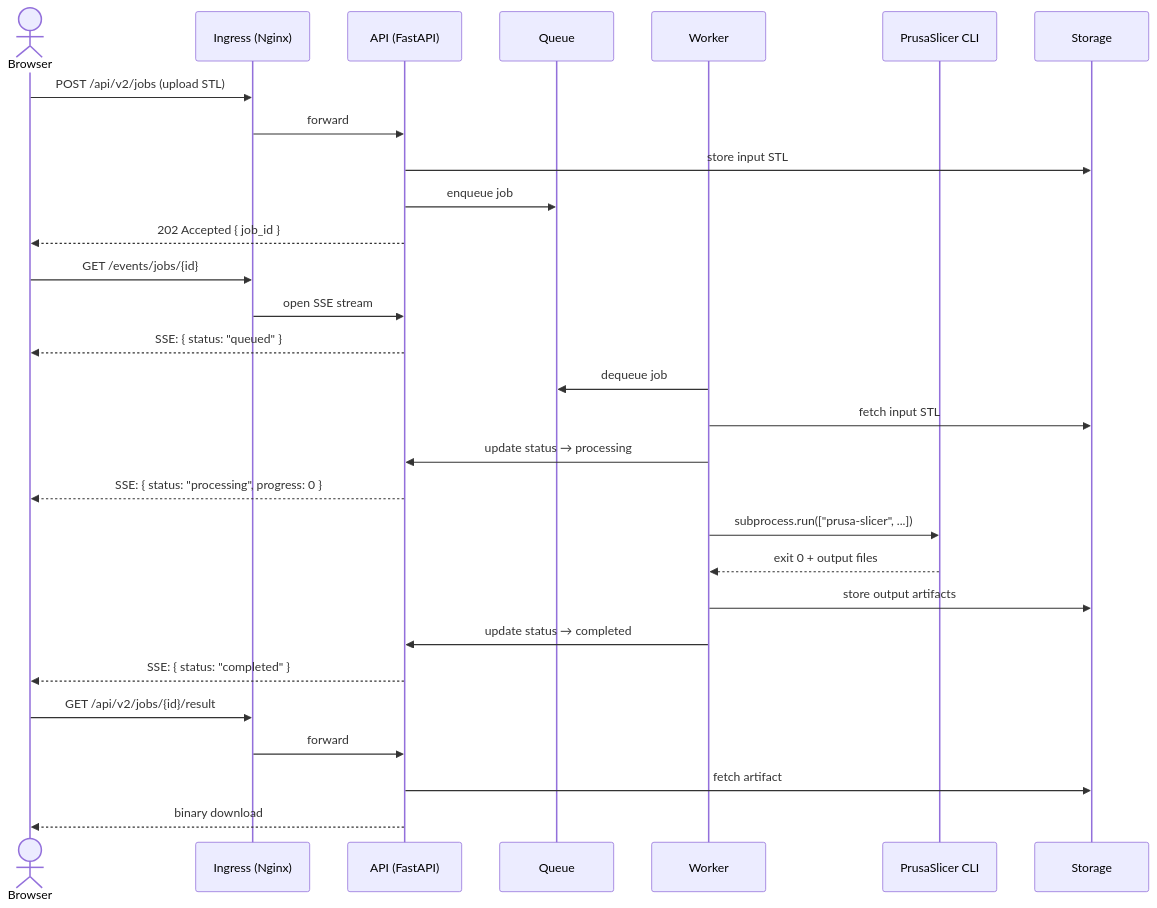
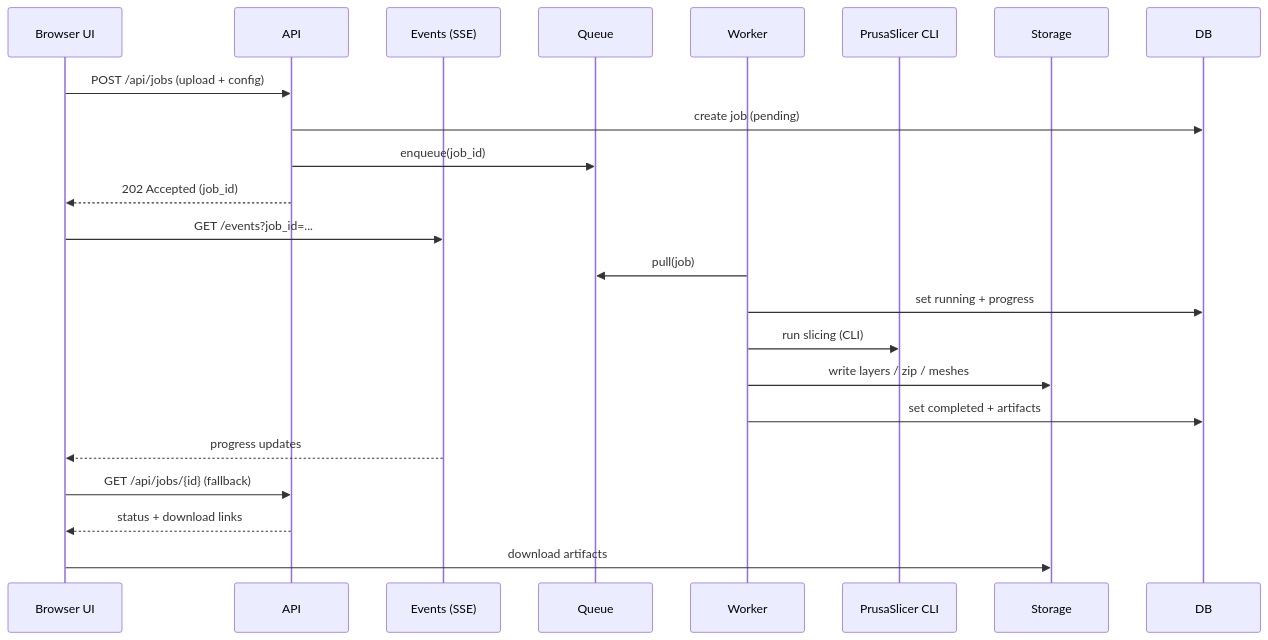
Before and after one commit to MaxShih147/web_slicer_core: the second of 2 diagrams in docs/single-node-cloud/README.md, drawn with Mermaid. The commit also changed other lines of this file, not shown here.

Commit message:
docs: simplify README with new sequence diagram and component table

````diff
--- a/docs/single-node-cloud/README.md
+++ b/docs/single-node-cloud/README.md
@@ -116,37 +69,28 @@
 ```mermaid
 sequenceDiagram
-    actor User as Browser
-    participant NG as Ingress (Nginx)
-    participant API as API (FastAPI)
+    participant UI as Browser UI
+    participant API as API
+    participant EV as Events (SSE)
     participant Q as Queue
     participant W as Worker
     participant PS as PrusaSlicer CLI
-    participant S as Storage
+    participant ST as Storage
+    participant DB as DB
 
-    User->>NG: POST /api/v2/jobs (upload STL)
-    NG->>API: forward
-    API->>S: store input STL
-    API->>Q: enqueue job
-    API-->>User: 202 Accepted { job_id }
+    UI->>API: POST /api/jobs (upload + config)
+    API->>DB: create job (pending)
+    API->>Q: enqueue(job_id)
+    API-->>UI: 202 Accepted (job_id)
 
-    User->>NG: GET /events/jobs/{id}
-    NG->>API: open SSE stream
-    API-->>User: SSE: { status: "queued" }
+    UI->>EV: GET /events?job_id=...
+    W->>Q: pull(job)
+    W->>DB: set running + progress
+    W->>PS: run slicing (CLI)
+    W->>ST: write layers / zip / meshes
+    W->>DB: set completed + artifacts
 
-    W->>Q: dequeue job
-    W->>S: fetch input STL
-    W->>API: update status → processing
-    API-->>User: SSE: { status: "processing", progress: 0 }
-
-    W->>PS: subprocess.run(["prusa-slicer", ...])
-    PS-->>W: exit 0 + output files
-
-    W->>S: store output artifacts
-    W->>API: update status → completed
-    API-->>User: SSE: { status: "completed" }
-
-    User->>NG: GET /api/v2/jobs/{id}/result
-    NG->>API: forward
-    API->>S: fetch artifact
-    API-->>User: binary download
+    EV-->>UI: progress updates
+    UI->>API: GET /api/jobs/{id} (fallback)
+    API-->>UI: status + download links
+    UI->>ST: download artifacts
 ```
````
